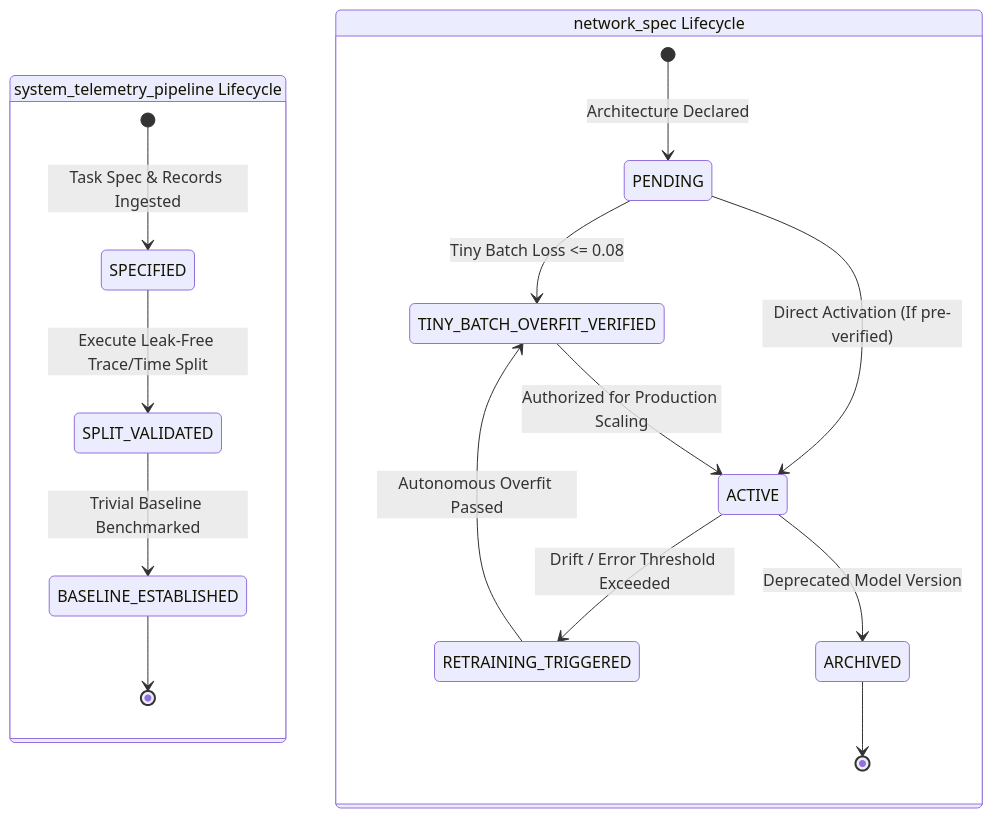
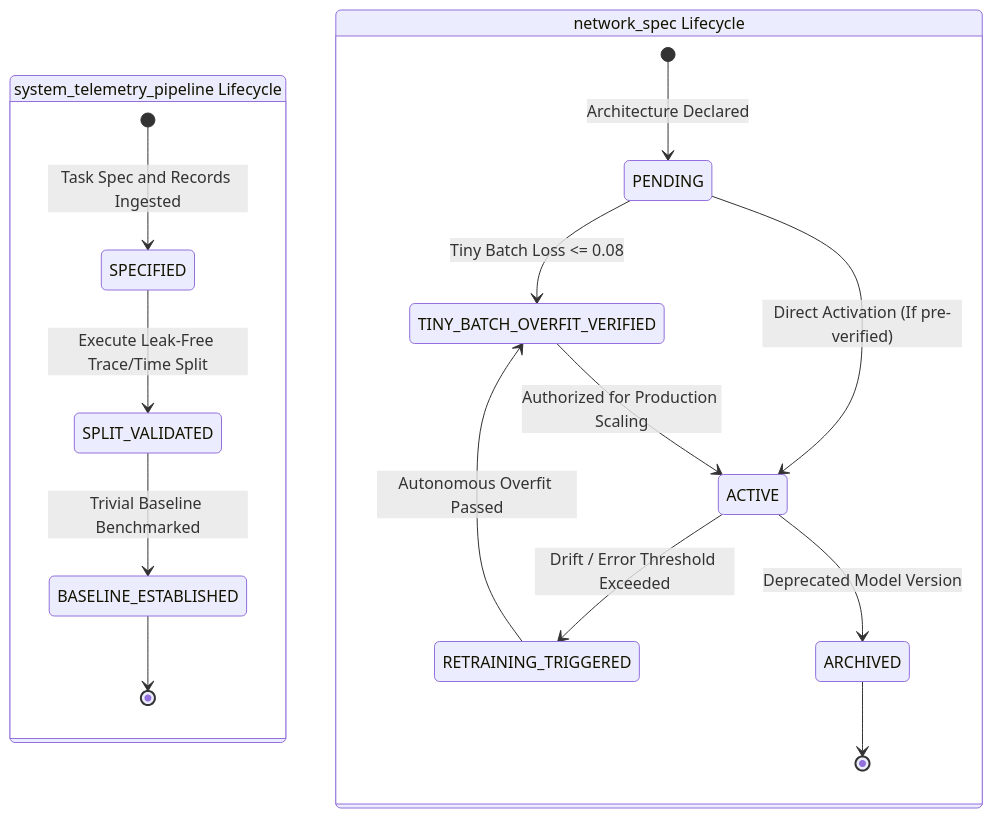
Before and after one commit to Chief-Strategist-J/llm-obs-neural-network-design: the eighth of 9 diagrams in adr/0001-distributed-systems-telemetry-pipeline-and-baselines.md, drawn with Mermaid. The commit also changed other lines of this file, not shown here.

Commit message:
docs(adr): replace ASCII diagram with dual light/dark Mermaid, remove confidence tags and ampersands per writing conditions

````diff
--- a/adr/0001-distributed-systems-telemetry-pipeline-and-baselines.md
+++ b/adr/0001-distributed-systems-telemetry-pipeline-and-baselines.md
@@ -450,20 +473,20 @@
 ```mermaid
 stateDiagram-v2
     state "system_telemetry_pipeline Lifecycle" as Pipeline {
-        [*] --> SPECIFIED: Task Spec & Records Ingested
+        [*] --> SPECIFIED: Task Spec and Records Ingested
         SPECIFIED --> SPLIT_VALIDATED: Execute Leak-Free Trace/Time Split
         SPLIT_VALIDATED --> BASELINE_ESTABLISHED: Trivial Baseline Benchmarked
         BASELINE_ESTABLISHED --> [*]
     }
 
     state "network_spec Lifecycle" as Spec {
         [*] --> PENDING: Architecture Declared
         PENDING --> TINY_BATCH_OVERFIT_VERIFIED: Tiny Batch Loss <= 0.08
         PENDING --> ACTIVE: Direct Activation (If pre-verified)
         TINY_BATCH_OVERFIT_VERIFIED --> ACTIVE: Authorized for Production Scaling
         ACTIVE --> RETRAINING_TRIGGERED: Drift / Error Threshold Exceeded
         RETRAINING_TRIGGERED --> TINY_BATCH_OVERFIT_VERIFIED: Autonomous Overfit Passed
         ACTIVE --> ARCHIVED: Deprecated Model Version
         ARCHIVED --> [*]
     }
 ```
````
